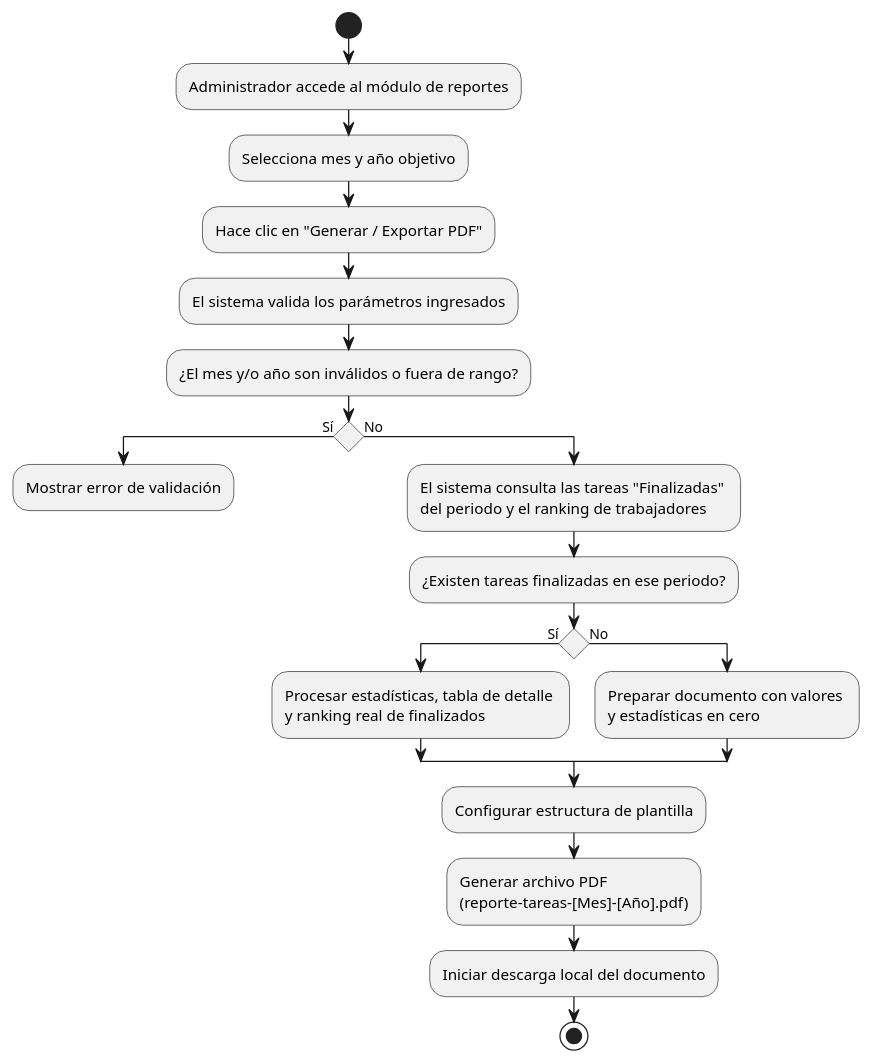
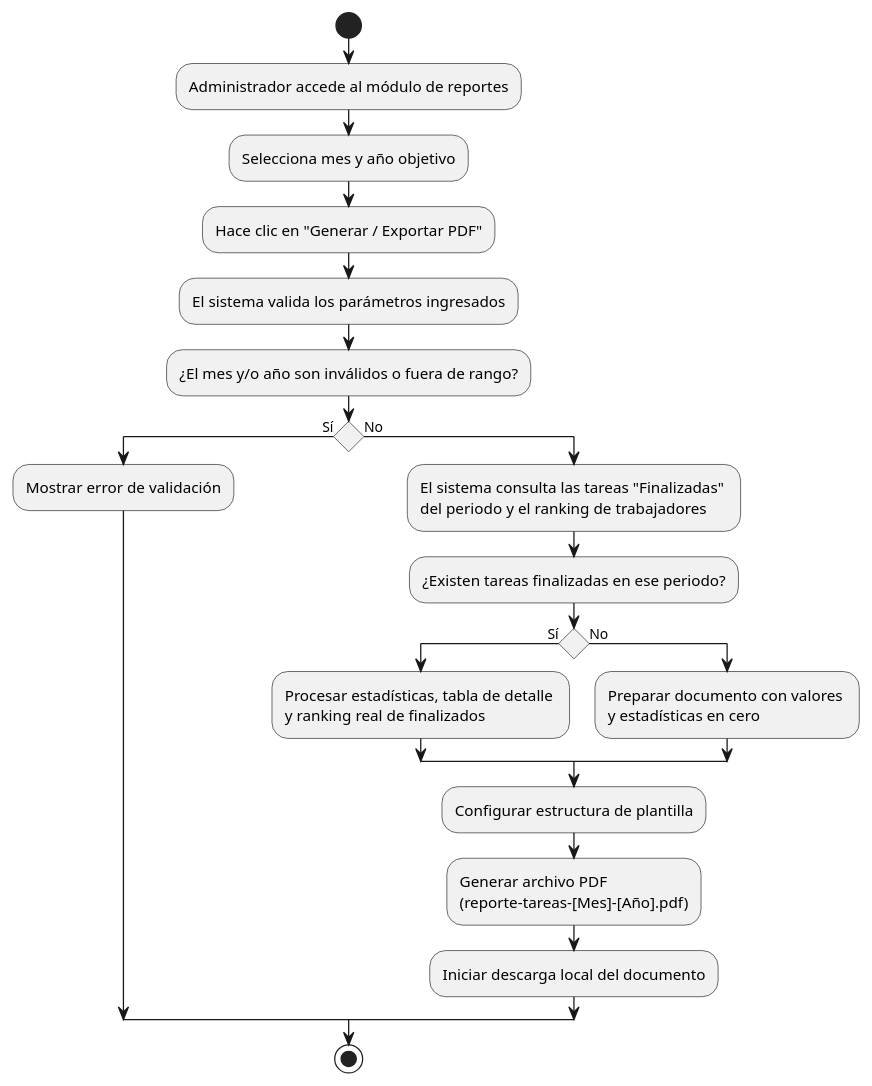
Before and after one commit to MasterErrorCLONE04/SIGERD.1.0: the diagram in document/diagrama_actividades/ADM/ADM-19.md, drawn with PlantUML. The commit also changed 28 other files, not shown here.

````diff
--- a/document/diagrama_actividades/ADM/ADM-19.md
+++ b/document/diagrama_actividades/ADM/ADM-19.md
@@ -18,35 +18,33 @@
 ```plantuml
 @startuml
 skinparam ConditionEndStyle hline
 
 start
 
 :Administrador accede al módulo de reportes;
 :Selecciona mes y año objetivo;
 :Hace clic en "Generar / Exportar PDF";
 
 :El sistema valida los parámetros ingresados;
 
 :¿El mes y/o año son inválidos o fuera de rango?;
 if () then (Sí)
   :Mostrar error de validación;
-  kill
 else (No)
   :El sistema consulta las tareas "Finalizadas" \ndel periodo y el ranking de trabajadores;
   
   :¿Existen tareas finalizadas en ese periodo?;
   if () then (Sí)
     :Procesar estadísticas, tabla de detalle \ny ranking real de finalizados;
   else (No)
     :Preparar documento con valores \ny estadísticas en cero;
   endif
   
   :Configurar estructura de plantilla;
   :Generar archivo PDF \n(reporte-tareas-[Mes]-[Año].pdf);
   :Iniciar descarga local del documento;
-  
-  stop
 endif
 
+stop
 @enduml
 ```
````
